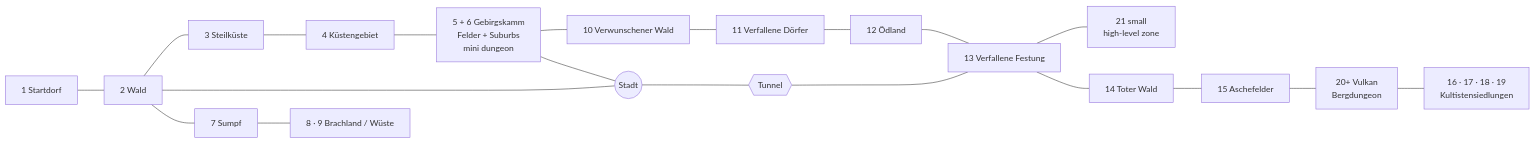
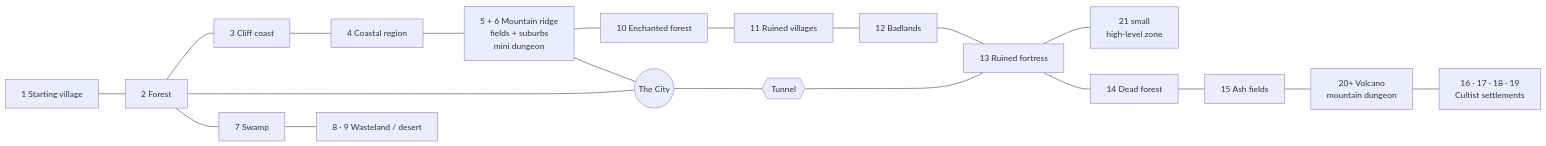
The diagram in docs/content-world.md (RoteRiesenRobbe/aura), drawn with Mermaid before and after one commit. The commit also changed other lines of this file and 18 other files, not shown here.

````diff
--- a/docs/content-world.md
+++ b/docs/content-world.md
@@ -75,22 +76,22 @@
 ```mermaid
 graph LR
-  Z1[1 Startdorf] --- Z2[2 Wald]
-  Z2 --- Z3[3 Steilküste]
-  Z3 --- Z4[4 Küstengebiet]
-  Z4 --- Z56[5 + 6 Gebirgskamm<br/>Felder + Suburbs<br/>mini dungeon]
-  Z56 --- Z10[10 Verwunschener Wald]
-  Z10 --- Z11[11 Verfallene Dörfer]
-  Z11 --- Z12[12 Ödland]
-  Z12 --- Z13[13 Verfallene Festung]
-  Z2 --- CITY((Stadt))
+  Z1[1 Starting village] --- Z2[2 Forest]
+  Z2 --- Z3[3 Cliff coast]
+  Z3 --- Z4[4 Coastal region]
+  Z4 --- Z56[5 + 6 Mountain ridge<br/>fields + suburbs<br/>mini dungeon]
+  Z56 --- Z10[10 Enchanted forest]
+  Z10 --- Z11[11 Ruined villages]
+  Z11 --- Z12[12 Badlands]
+  Z12 --- Z13[13 Ruined fortress]
+  Z2 --- CITY((The City))
   Z56 --- CITY
   CITY --- TUN{{Tunnel}}
   TUN --- Z13
   Z13 --- Z21[21 small<br/>high-level zone]
-  Z13 --- Z14[14 Toter Wald]
-  Z14 --- Z15[15 Aschefelder]
-  Z15 --- END[20+ Vulkan<br/>Bergdungeon]
-  END --- Z16[16 · 17 · 18 · 19<br/>Kultistensiedlungen]
-  Z2 --- Z7[7 Sumpf]
-  Z7 --- Z89[8 · 9 Brachland / Wüste]
+  Z13 --- Z14[14 Dead forest]
+  Z14 --- Z15[15 Ash fields]
+  Z15 --- END[20+ Volcano<br/>mountain dungeon]
+  END --- Z16[16 · 17 · 18 · 19<br/>Cultist settlements]
+  Z2 --- Z7[7 Swamp]
+  Z7 --- Z89[8 · 9 Wasteland / desert]
 ```
````
